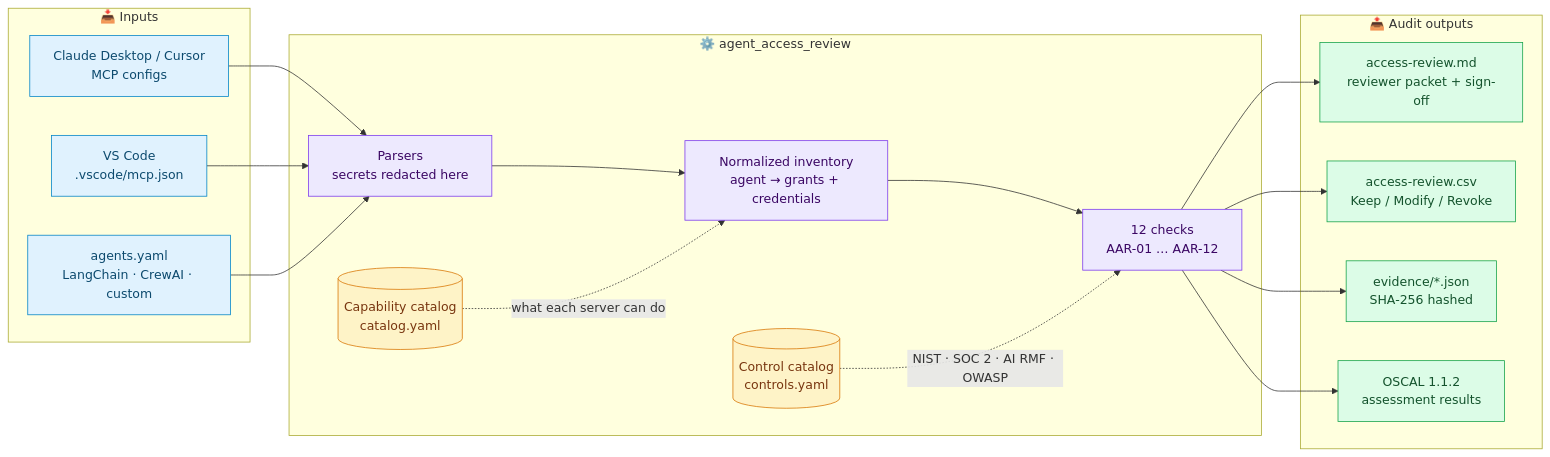
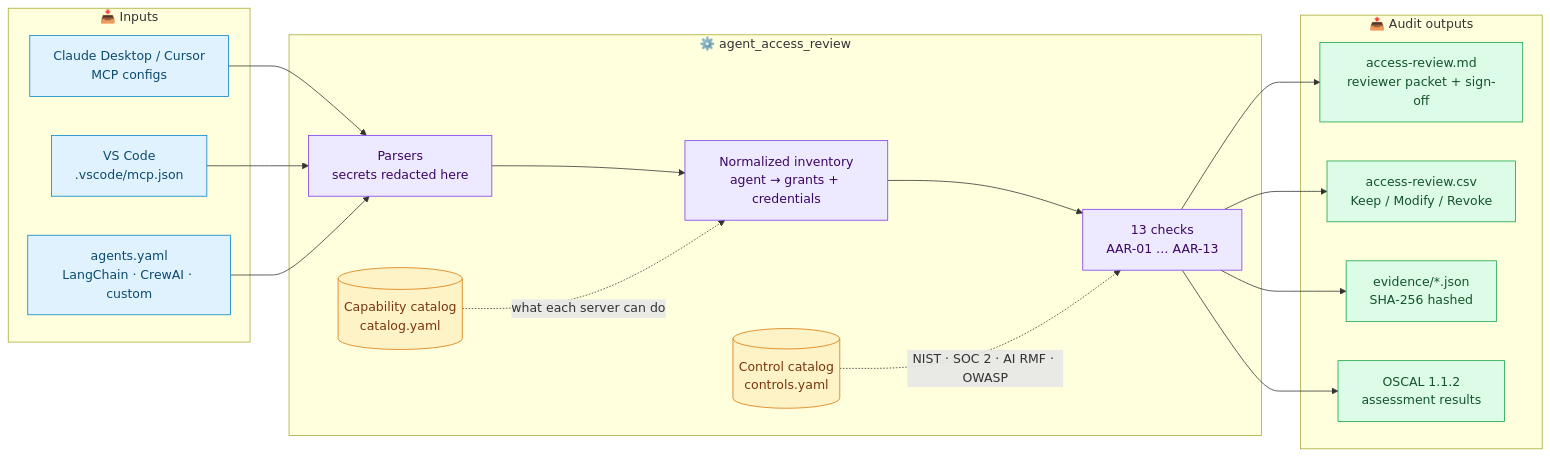
Before and after one commit to Mihirajmera/agent-access-review: the second of 4 diagrams in README.md, drawn with Mermaid. The commit also changed other lines of this file and 17 other files, not shown here.

````diff
--- a/README.md
+++ b/README.md
@@ -120,34 +121,34 @@
 ```mermaid
 flowchart LR
     subgraph IN["📥 Inputs"]
         A["Claude Desktop / Cursor<br/>MCP configs"]
         B["VS Code<br/>.vscode/mcp.json"]
         C["agents.yaml<br/>LangChain · CrewAI · custom"]
     end
     subgraph CORE["⚙️ agent_access_review"]
         P["Parsers<br/>secrets redacted here"]
         K[("Capability catalog<br/>catalog.yaml")]
         I["Normalized inventory<br/>agent → grants + credentials"]
-        X["12 checks<br/>AAR-01 … AAR-12"]
+        X["13 checks<br/>AAR-01 … AAR-13"]
         M[("Control catalog<br/>controls.yaml")]
     end
     subgraph OUT["📤 Audit outputs"]
         R["access-review.md<br/>reviewer packet + sign-off"]
         S["access-review.csv<br/>Keep / Modify / Revoke"]
         E["evidence/*.json<br/>SHA-256 hashed"]
         O["OSCAL 1.1.2<br/>assessment results"]
     end
     A & B & C --> P --> I --> X
     K -. "what each server can do" .-> I
     M -. "NIST · SOC 2 · AI RMF · OWASP" .-> X
     X --> R & S & E & O
 
     classDef input fill:#e0f2fe,stroke:#0284c7,color:#0c4a6e
     classDef core fill:#ede9fe,stroke:#7c3aed,color:#3b0764
     classDef data fill:#fef3c7,stroke:#d97706,color:#78350f
     classDef output fill:#dcfce7,stroke:#16a34a,color:#14532d
     class A,B,C input
     class P,I,X core
     class K,M data
     class R,S,E,O output
 ```
````
